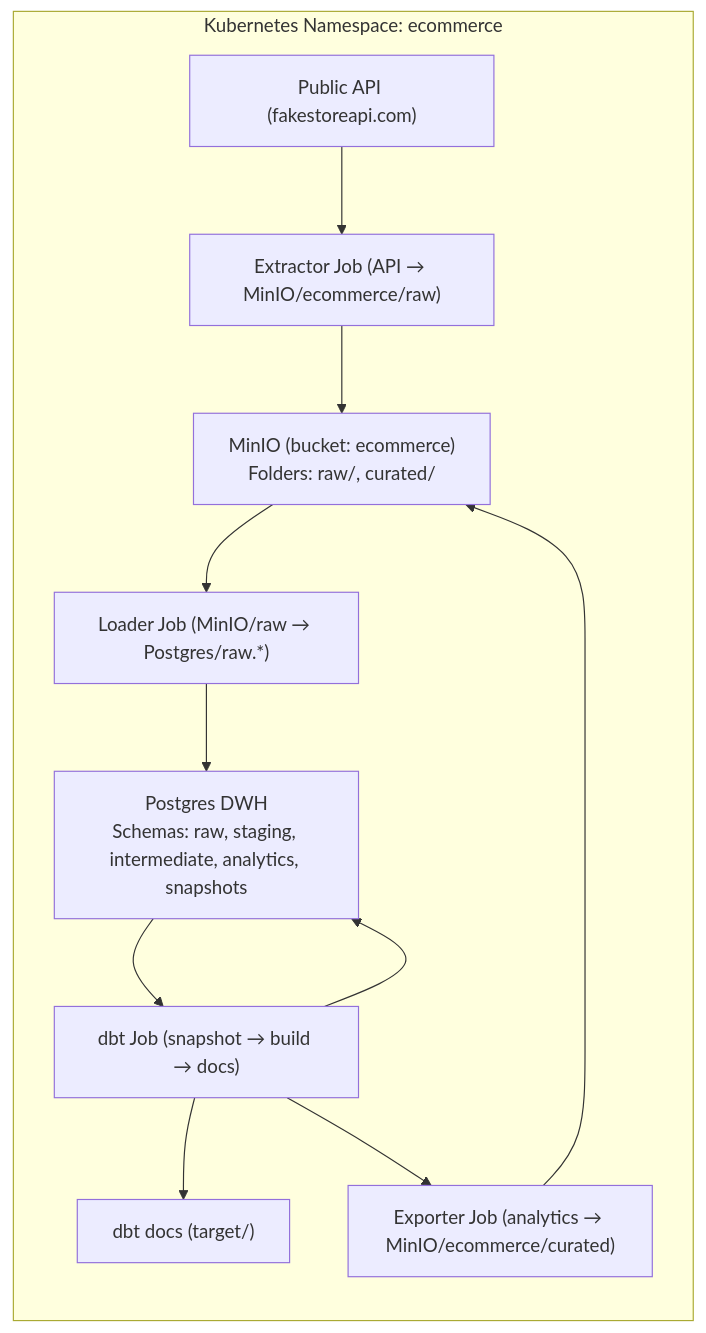
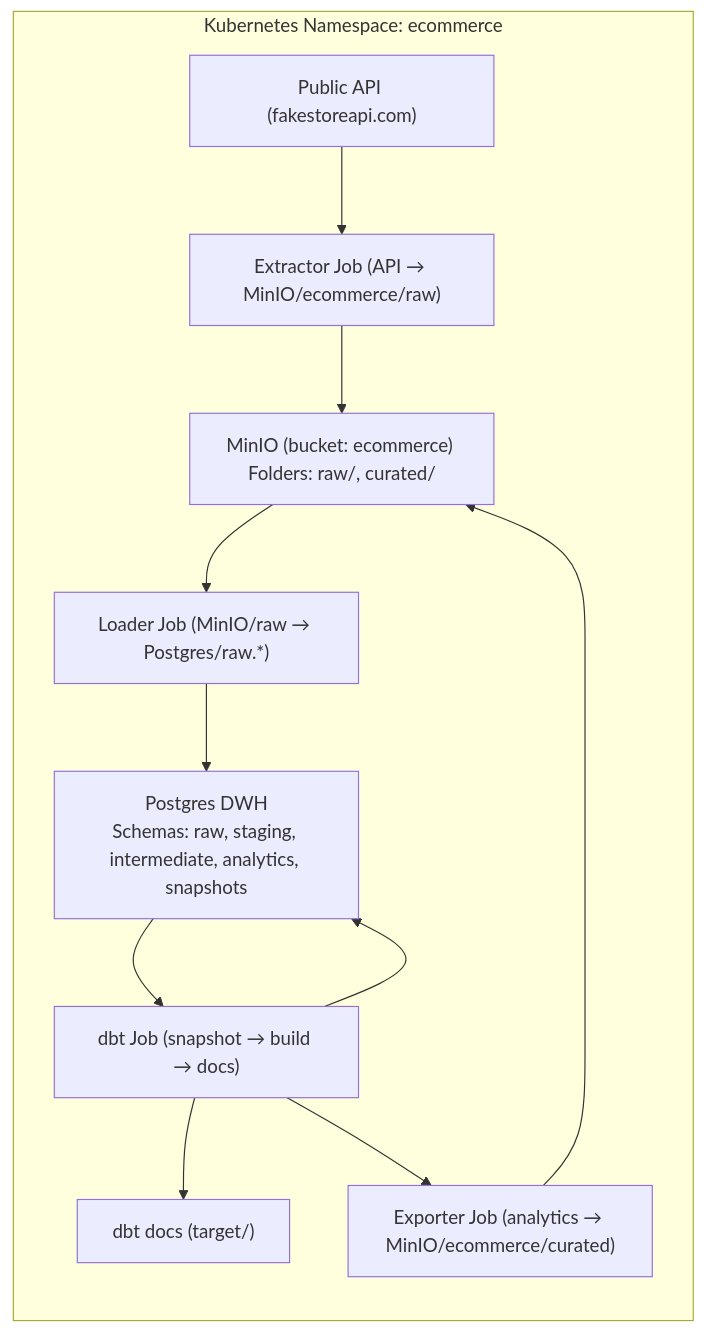
The first of 2 diagrams in Readme.md (triptiban/Personal-Project), drawn with Mermaid before and after one commit.

````diff
--- a/Readme.md
+++ b/Readme.md
@@ -18,20 +18,21 @@
 ```mermaid
 flowchart LR
   subgraph ns["Kubernetes Namespace: ecommerce"]
+
     API["Public API (fakestoreapi.com)"]
     EX["Extractor Job (API → MinIO/ecommerce/raw)"]
-    MINIO["MinIO (bucket: ecommerce)\nFolders: raw/, curated/"]
+    MINIO["MinIO (bucket: ecommerce) Folders: raw/, curated/"]
     LD["Loader Job (MinIO/raw → Postgres/raw.*)"]
     PG["Postgres DWH\nSchemas: raw, staging, intermediate, analytics, snapshots"]
     DBT["dbt Job (snapshot → build → docs)"]
     EXP["Exporter Job (analytics → MinIO/ecommerce/curated)"]
     DOCS["dbt docs (target/)"]
   end
 
   API --> EX --> MINIO
   MINIO --> LD --> PG
   PG --> DBT
   DBT --> PG
   DBT --> DOCS
   DBT --> EXP --> MINIO
 ```
````
